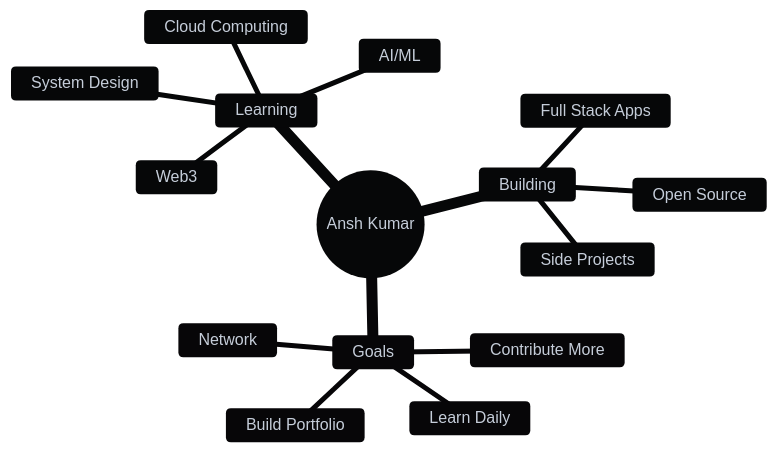
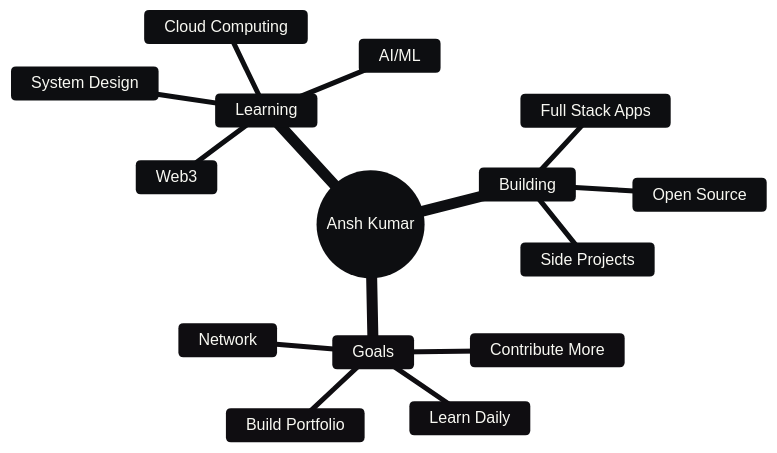
Before and after one commit to Albez0-An7h/Albez0-An7h: the diagram in readme.md, drawn with Mermaid.

````diff
--- a/readme.md
+++ b/readme.md
@@ -131,19 +131,19 @@
 ```mermaid
-%%{init: {'theme':'base', 'themeVariables': { 'primaryColor':'#3d4451', 'primaryTextColor':'#c5cdd9', 'primaryBorderColor':'#7c8db8', 'lineColor':'#6c7a96', 'secondaryColor':'#3d4451', 'secondaryTextColor':'#c5cdd9', 'secondaryBorderColor':'#9988bb', 'tertiaryColor':'#3d4451', 'tertiaryTextColor':'#c5cdd9', 'tertiaryBorderColor':'#7fa89f', 'noteBkgColor':'#3d4451', 'noteTextColor':'#c5cdd9', 'noteBorderColor':'#6c7a96', 'background':'#282a36', 'mainBkg':'#3d4451', 'textColor':'#c5cdd9', 'fontSize':'16px'}}}%%
+%%{init: {'theme':'base', 'themeVariables': { 'primaryColor':'#44475a', 'primaryTextColor':'#f8f8f2', 'primaryBorderColor':'#bd93f9', 'lineColor':'#bd93f9', 'secondaryColor':'#44475a', 'secondaryTextColor':'#f8f8f2', 'secondaryBorderColor':'#ff79c6', 'tertiaryColor':'#44475a', 'tertiaryTextColor':'#f8f8f2', 'tertiaryBorderColor':'#8be9fd', 'noteBkgColor':'#44475a', 'noteTextColor':'#f8f8f2', 'noteBorderColor':'#6272a4', 'background':'#282a36', 'mainBkg':'#44475a', 'textColor':'#f8f8f2', 'fontSize':'16px'}}}%%
 mindmap
   root((Ansh Kumar))
     Learning
       System Design
       Cloud Computing
       AI/ML
       Web3
     Building
       Full Stack Apps
       Open Source
       Side Projects
     Goals
       Contribute More
       Learn Daily
       Build Portfolio
       Network
 ```
````
